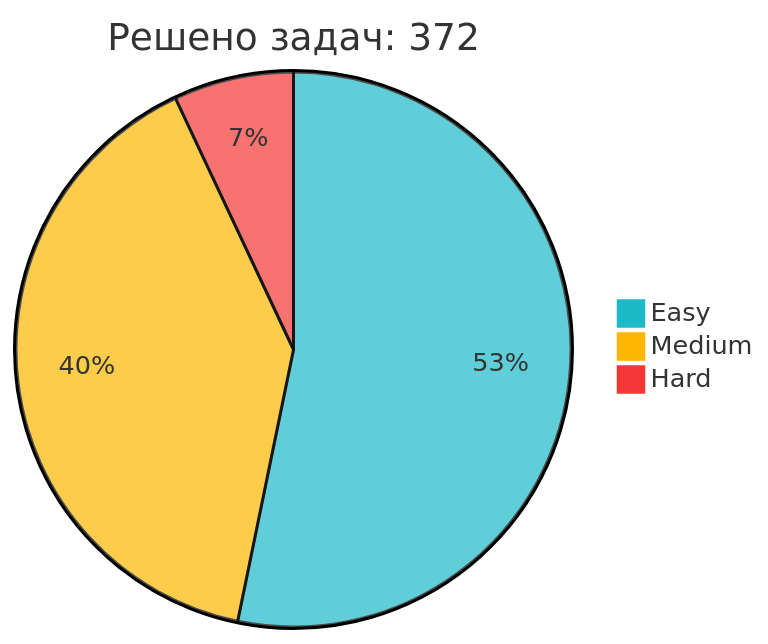
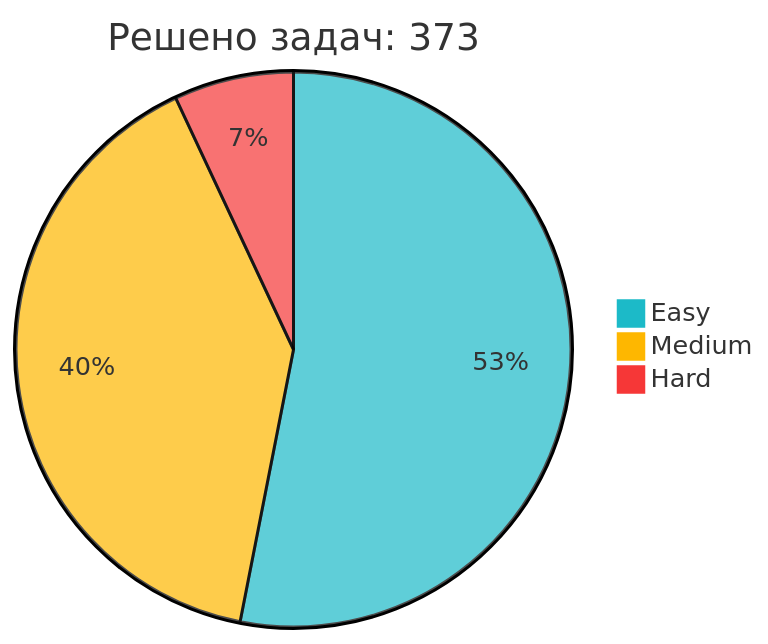
Before and after one commit to IliaKurdukov/IliaKurdukov: the diagram in README.md, drawn with Mermaid. The commit also changed other lines of this file, not shown here.

Commit message:
📈 Обновление статистики LeetCode

````diff
--- a/README.md
+++ b/README.md
@@ -51,7 +51,7 @@
 ```mermaid
 %%{init: {'theme': 'base', 'themeVariables': { 'pie1': '#1CBAC8', 'pie2': '#FEB700', 'pie3': '#F63737' }, 'config': {'width': 300, 'height': 200}}}%%
-pie title Решено задач: 372
+pie title Решено задач: 373
    "Easy" : 198
-   "Medium" : 148
+   "Medium" : 149
    "Hard" : 26
 ```
````
